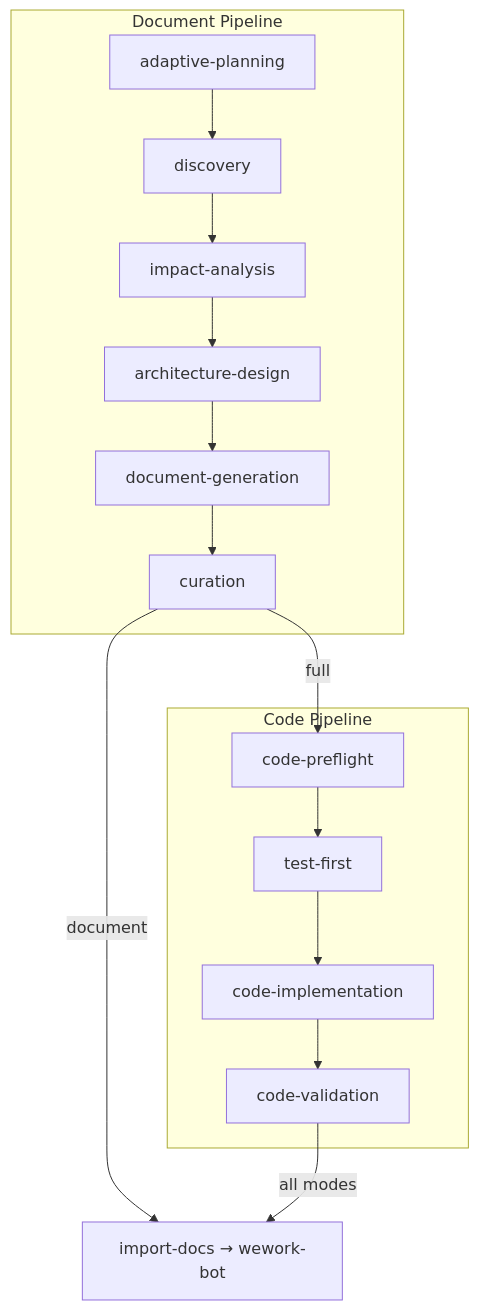
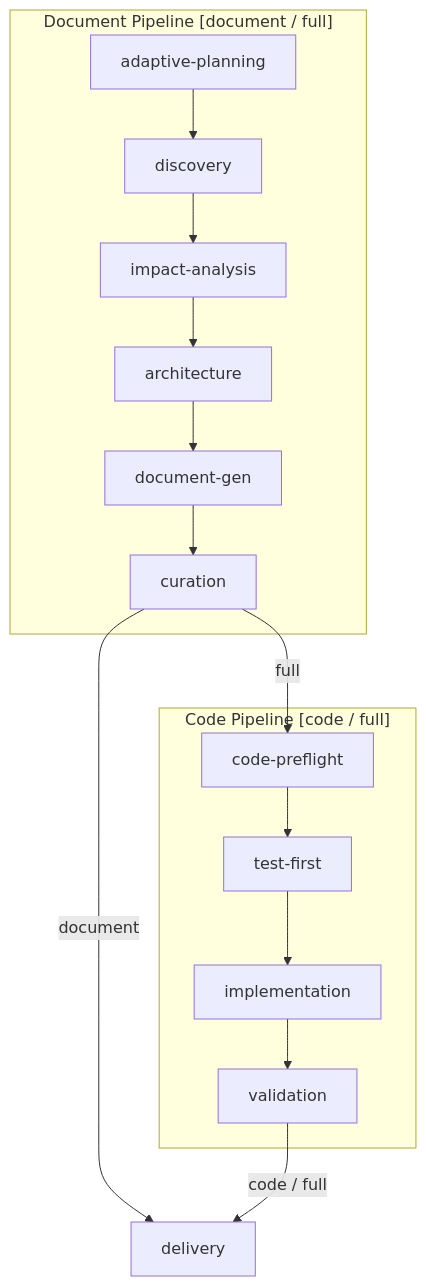
The diagram in skills/build-feature/SKILL.md (effiy/YrY), drawn with Mermaid before and after one commit. The commit also changed other lines of this file, not shown here.

````diff
--- a/skills/build-feature/SKILL.md
+++ b/skills/build-feature/SKILL.md
@@ -95,12 +95,12 @@
 ```mermaid
 graph TD
-    subgraph Document Pipeline
-        D0[adaptive-planning] --> D1[discovery] --> D2[impact-analysis] --> D3[architecture-design] --> D4[document-generation] --> D5[curation]
+    subgraph "Document Pipeline [document / full]"
+        D0[adaptive-planning] --> D1[discovery] --> D2[impact-analysis] --> D3[architecture] --> D4[document-gen] --> D5[curation]
     end
-    subgraph Code Pipeline
-        C0[code-preflight] --> C1[test-first] --> C2[code-implementation] --> C3[code-validation]
+    subgraph "Code Pipeline [code / full]"
+        C0[code-preflight] --> C1[test-first] --> C2[implementation] --> C3[validation]
     end
     D5 -->|full| C0
-    D5 -->|document| G[import-docs → wework-bot]
-    C3 -->|all modes| G
+    D5 -->|document| C4[delivery]
+    C3 -->|code / full| C4
 ```
````
